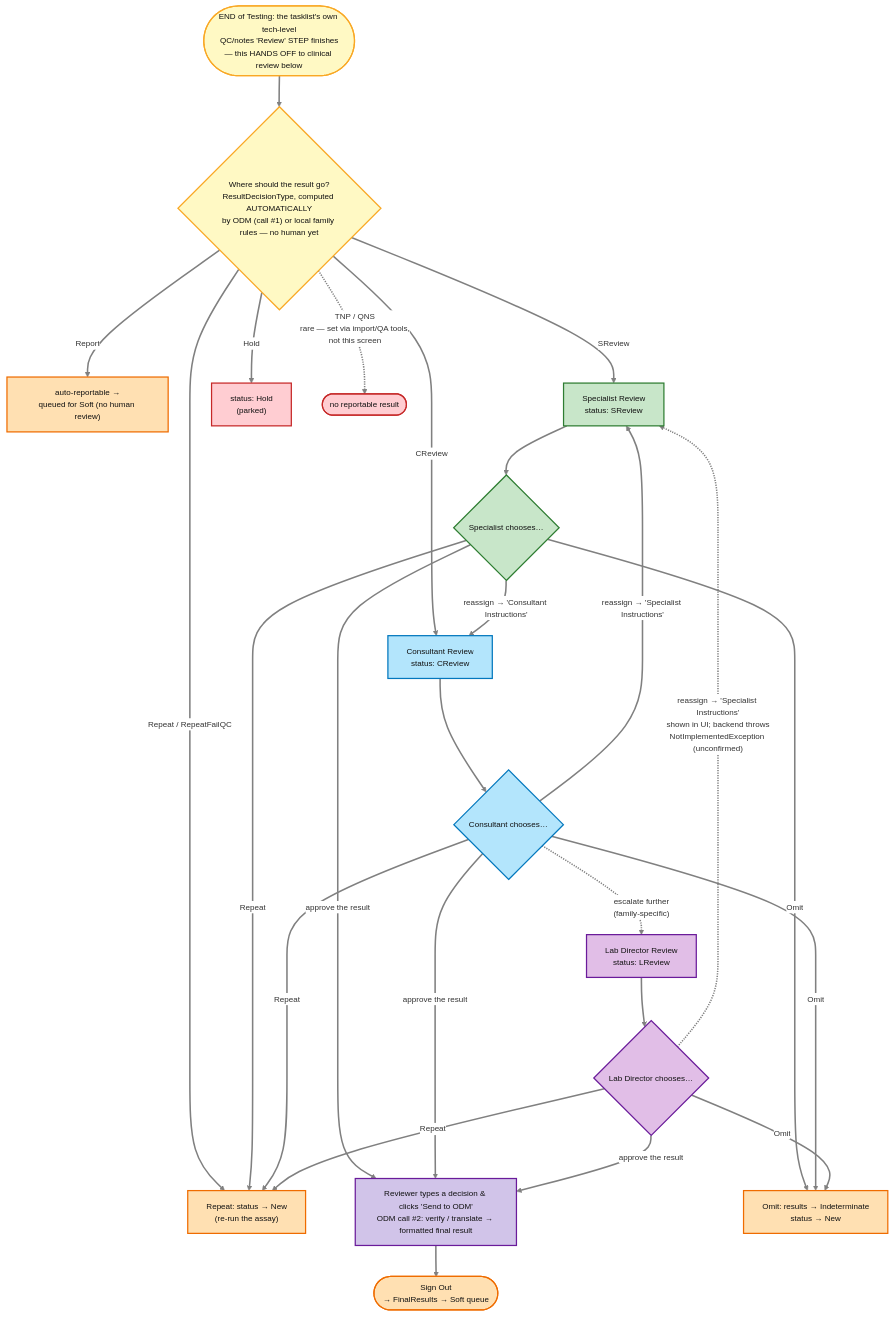
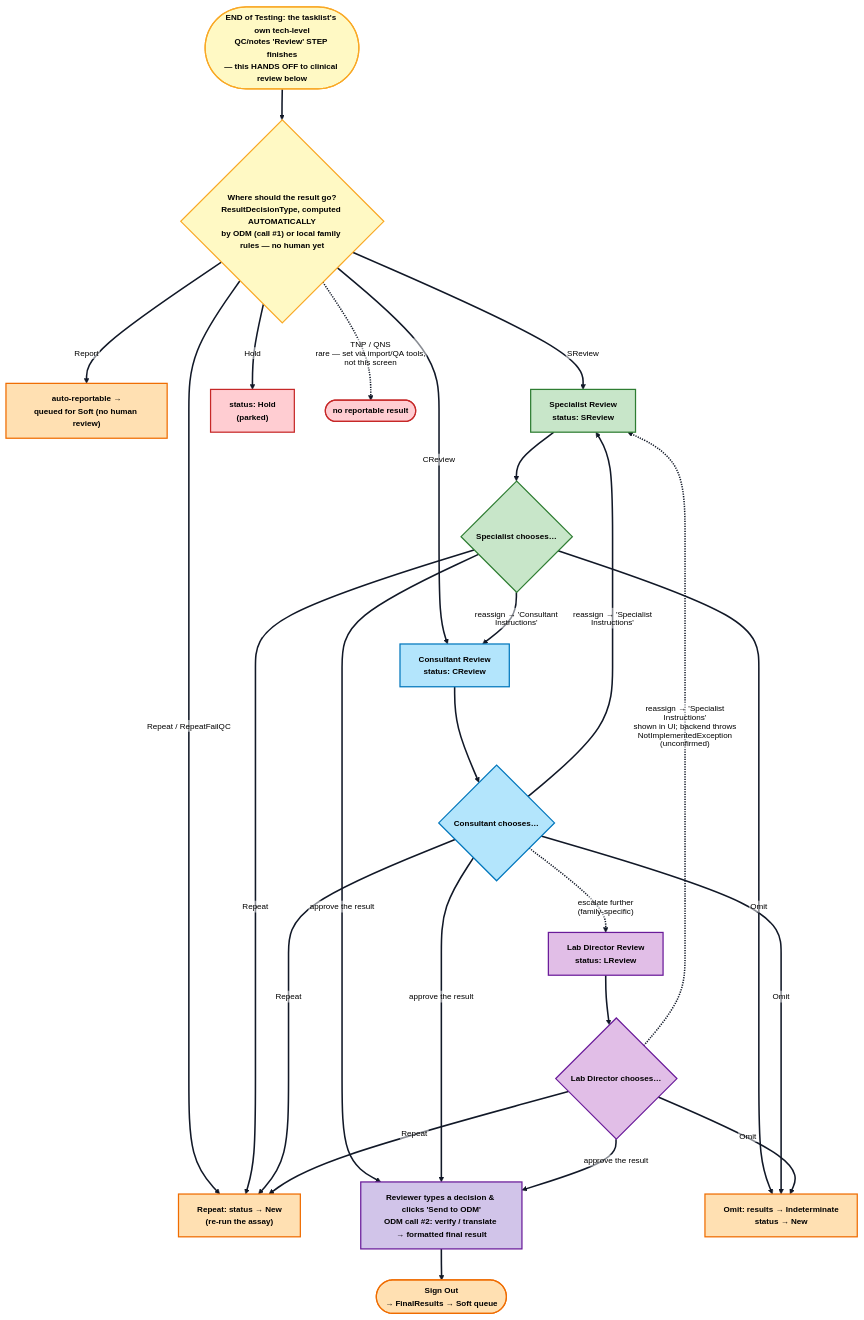
The second of 6 diagrams in src/assets/pages/app-resources/nerds/appDetails/00step/review-stage/review-stage.md (fengyanglin09/my-work-dashboard-app), drawn with Mermaid before and after one commit. The commit also changed other lines of this file and 35 other files, not shown here.

Commit message:
Add new mermaid diagrams for workflow and testing processes

````diff
--- a/src/assets/pages/app-resources/nerds/appDetails/00step/review-stage/review-stage.md
+++ b/src/assets/pages/app-resources/nerds/appDetails/00step/review-stage/review-stage.md
@@ -88,51 +88,51 @@
 ```mermaid
-%%{init: {"theme":"base", "themeVariables":{"background":"#ffffff","lineColor":"#808080","edgeLabelBackground":"#ffffff","fontSize":"13px"}, "flowchart":{"curve":"basis"}}}%%
+%%{init: {"theme":"base", "themeVariables":{"background":"#ffffff","mainBkg":"#ffffff","primaryColor":"#f8fafc","primaryTextColor":"#000000","primaryBorderColor":"#111827","secondaryColor":"#f8fafc","secondaryTextColor":"#000000","secondaryBorderColor":"#111827","tertiaryColor":"#f8fafc","tertiaryTextColor":"#000000","tertiaryBorderColor":"#111827","lineColor":"#111827","defaultLinkColor":"#111827","nodeTextColor":"#000000","textColor":"#000000","titleColor":"#000000","edgeLabelBackground":"#ffffff","clusterBkg":"#f8fafc","clusterBorder":"#111827","fontSize":"13px"}, "themeCSS":".nodeLabel,.nodeLabel *,.edgeLabel,.edgeLabel *,.cluster-label,.cluster-label *,.label,.label *,foreignObject,foreignObject *,text,tspan{color:#000000 !important;fill:#000000 !important;font-weight:700 !important;}.edgeLabel rect,.labelBkg{fill:#ffffff !important;opacity:0.96 !important;}", "flowchart":{"curve":"basis","htmlLabels":false}}}%%
 flowchart TD
     HANDOFF(["END of Testing: the tasklist's own tech-level<br/>QC/notes 'Review' STEP finishes<br/>— this HANDS OFF to clinical review below"]) --> ROUTE{"Where should the result go?<br/>ResultDecisionType, computed AUTOMATICALLY<br/>by ODM (call #1) or local family rules — no human yet"}
 
     ROUTE -->|Report| QUEUE1["auto-reportable →<br/>queued for Soft (no human review)"]
     ROUTE -->|SReview| SPEC["Specialist Review<br/>status: SReview"]
     ROUTE -->|CReview| CONS["Consultant Review<br/>status: CReview"]
     ROUTE -->|"Repeat / RepeatFailQC"| REDO["Repeat: status → New<br/>(re-run the assay)"]
     ROUTE -->|Hold| HOLD["status: Hold<br/>(parked)"]
     ROUTE -.->|"TNP / QNS<br/>rare — set via import/QA tools,<br/>not this screen"| TERM(["no reportable result"])
 
     SPEC --> HACT{"Specialist chooses…"}
     HACT -->|approve the result| VERIFY
     HACT -->|Repeat| REDO
     HACT -->|Omit| OMITB["Omit: results → Indeterminate<br/>status → New"]
     HACT -->|"reassign → 'Consultant Instructions'"| CONS
 
     CONS --> CACT{"Consultant chooses…"}
     CACT -->|approve the result| VERIFY
     CACT -->|Repeat| REDO
     CACT -->|Omit| OMITB
     CACT -->|"reassign → 'Specialist Instructions'"| SPEC
     CACT -.->|"escalate further<br/>(family-specific)"| LDIR["Lab Director Review<br/>status: LReview"]
 
     LDIR --> LACT{"Lab Director chooses…"}
     LACT -->|approve the result| VERIFY
     LACT -->|Repeat| REDO
     LACT -->|Omit| OMITB
     LACT -.->|"reassign → 'Specialist Instructions'<br/>shown in UI; backend throws<br/>NotImplementedException (unconfirmed)"| SPEC
 
     VERIFY["Reviewer types a decision & clicks 'Send to ODM'<br/>ODM call #2: verify / translate → formatted final result"] --> SIGN(["Sign Out<br/>→ FinalResults → Soft queue"])
 
-    classDef route  fill:#fff9c4,stroke:#f9a825,stroke-width:2px,color:#111111;
-    classDef spec   fill:#c8e6c9,stroke:#2e7d32,stroke-width:2px,color:#111111;
-    classDef cons   fill:#b3e5fc,stroke:#0277bd,stroke-width:2px,color:#111111;
-    classDef ldir   fill:#e1bee7,stroke:#6a1b9a,stroke-width:2px,color:#111111;
-    classDef odm    fill:#d1c4e9,stroke:#6a1b9a,stroke-width:2px,color:#111111;
-    classDef exit   fill:#ffe0b2,stroke:#ef6c00,stroke-width:2px,color:#111111;
-    classDef bad    fill:#ffcdd2,stroke:#c62828,stroke-width:2px,color:#111111;
+    classDef route  fill:#fff9c4,stroke:#f9a825,stroke-width:2px,color:#000000,font-weight:700;
+    classDef spec   fill:#c8e6c9,stroke:#2e7d32,stroke-width:2px,color:#000000,font-weight:700;
+    classDef cons   fill:#b3e5fc,stroke:#0277bd,stroke-width:2px,color:#000000,font-weight:700;
+    classDef ldir   fill:#e1bee7,stroke:#6a1b9a,stroke-width:2px,color:#000000,font-weight:700;
+    classDef odm    fill:#d1c4e9,stroke:#6a1b9a,stroke-width:2px,color:#000000,font-weight:700;
+    classDef exit   fill:#ffe0b2,stroke:#ef6c00,stroke-width:2px,color:#000000,font-weight:700;
+    classDef bad    fill:#ffcdd2,stroke:#c62828,stroke-width:2px,color:#000000,font-weight:700;
 
     class HANDOFF,ROUTE route;
     class SPEC,HACT spec;
     class CONS,CACT cons;
     class LDIR,LACT ldir;
     class VERIFY odm;
     class QUEUE1,SIGN,OMITB,REDO exit;
     class HOLD,TERM bad;
 
-    linkStyle default stroke:#808080,stroke-width:2.5px
+    linkStyle default stroke:#111827,stroke-width:2.5px
 ```
````
